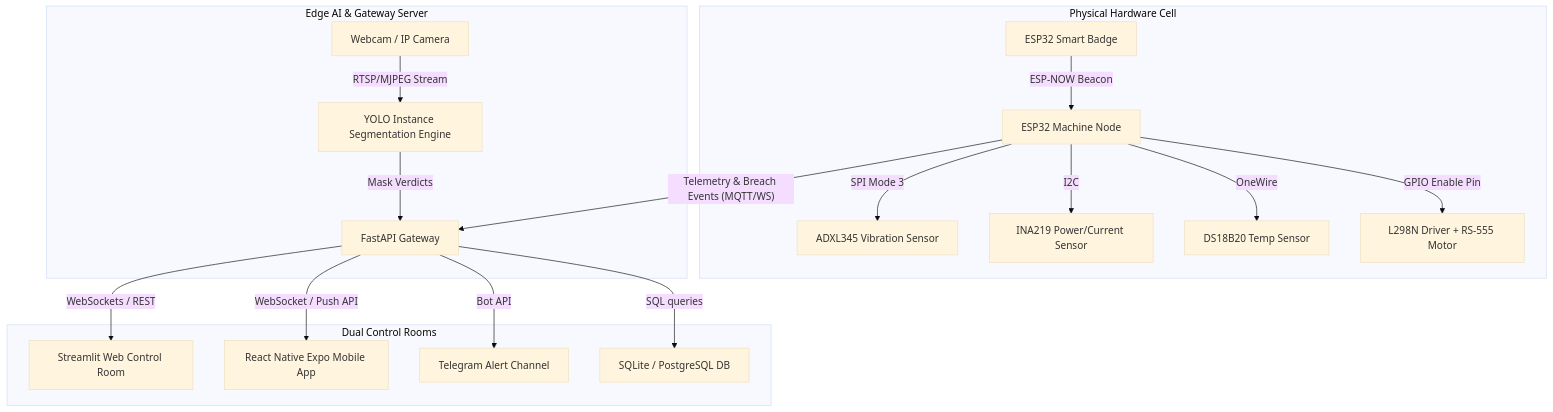
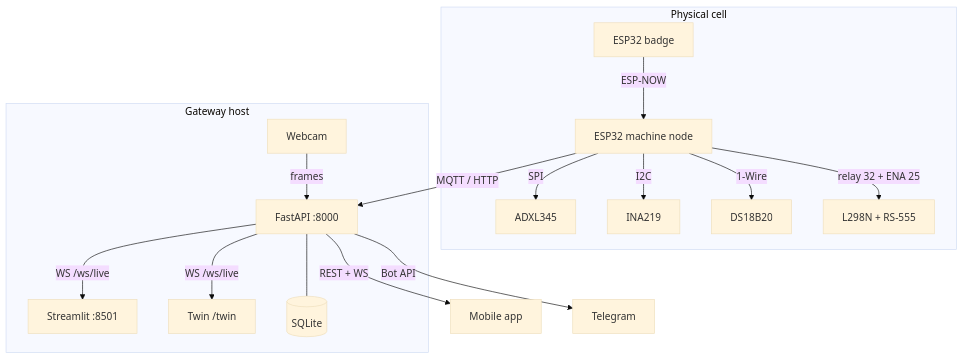
The third of 3 diagrams in docs/ARMOR_System_Architecture_and_Implementation_Plan.md (tester248/armor), drawn with Mermaid (base theme) before and after one commit. The commit also changed other lines of this file and 5 other files, not shown here.

````diff
--- a/docs/ARMOR_System_Architecture_and_Implementation_Plan.md
+++ b/docs/ARMOR_System_Architecture_and_Implementation_Plan.md
@@ -75,23 +116,24 @@
 ```mermaid
 graph TD
-    subgraph Hardware_Layer [Physical Hardware Cell]
-        A[ESP32 Smart Badge] -- ESP-NOW Beacon --> B[ESP32 Machine Node]
-        B -- SPI Mode 3 --> C[ADXL345 Vibration Sensor]
-        B -- I2C --> D[INA219 Power/Current Sensor]
-        B -- OneWire --> E[DS18B20 Temp Sensor]
-        B -- GPIO Enable Pin --> F[L298N Driver + RS-555 Motor]
+    subgraph Cell [Physical cell]
+        A[ESP32 badge] -- ESP-NOW --> B[ESP32 machine node]
+        B -- SPI --> C[ADXL345]
+        B -- I2C --> D[INA219]
+        B -- 1-Wire --> E[DS18B20]
+        B -- relay 32 + ENA 25 --> F[L298N + RS-555]
     end
-
-    subgraph Edge_Gateway [Edge AI & Gateway Server]
-        B -- Telemetry & Breach Events (MQTT/WS) --> G[FastAPI Gateway]
-        H[Webcam / IP Camera] -- RTSP/MJPEG Stream --> I[YOLO Instance Segmentation Engine]
-        I -- Mask Verdicts --> G
+    subgraph Host [Gateway host]
+        G[FastAPI :8000]
+        H[Streamlit :8501]
+        I[Twin /twin]
+        J[(SQLite)]
+        K[Webcam]
     end
-
-    subgraph User_Interfaces [Dual Control Rooms]
-        G -- WebSockets / REST --> J[Streamlit Web Control Room]
-        G -- WebSocket / Push API --> K[React Native Expo Mobile App]
-        G -- Bot API --> L[Telegram Alert Channel]
-        G -- SQL queries --> M[SQLite / PostgreSQL DB]
-    end
+    B -- MQTT / HTTP --> G
+    K -- frames --> G
+    G --- J
+    G -- WS /ws/live --> H
+    G -- WS /ws/live --> I
+    G -- REST + WS --> L[Mobile app]
+    G -- Bot API --> M[Telegram]
 ```
````
